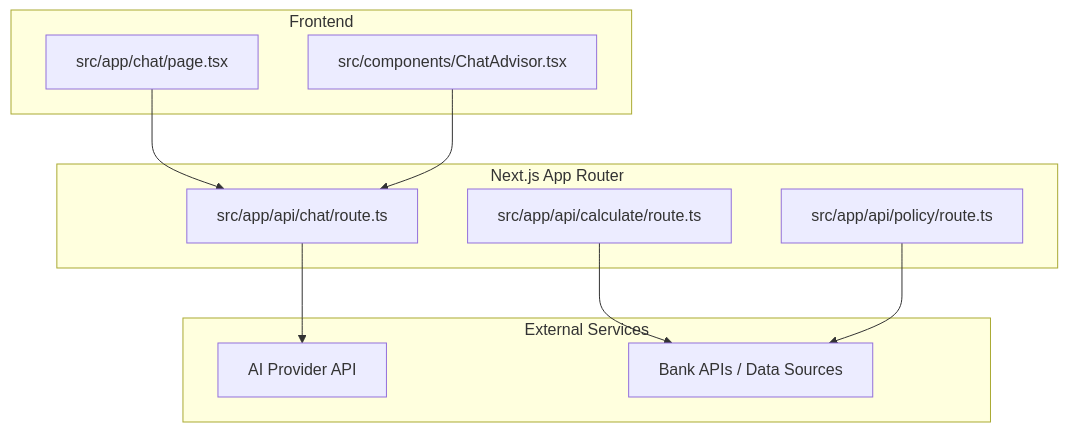
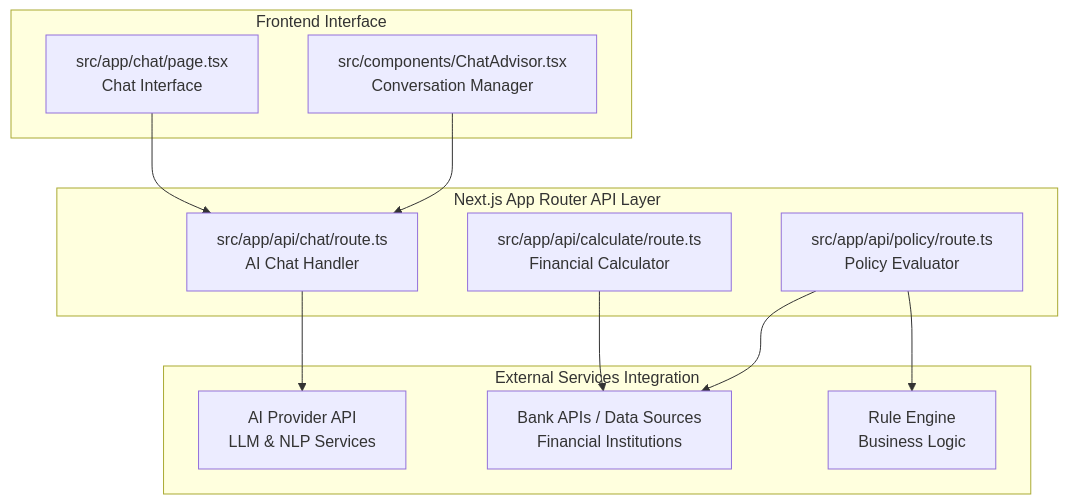
One commit to alibaba-hackathon-fsi/frontend-vaya changed the first of 6 diagrams in .qoder/repowiki/en/content/Architecture Overview/API Architecture.md. Above: the diagram before and after it, drawn with Mermaid. The commit also changed other lines of this file and 77 other files, not shown here.

````diff
--- a/.qoder/repowiki/en/content/Architecture Overview/API Architecture.md
+++ b/.qoder/repowiki/en/content/Architecture Overview/API Architecture.md
@@ -37,21 +44,23 @@
 ```mermaid
 graph TB
-subgraph "Next.js App Router"
-A["src/app/api/chat/route.ts"]
-B["src/app/api/calculate/route.ts"]
-C["src/app/api/policy/route.ts"]
+subgraph "Next.js App Router API Layer"
+A["src/app/api/chat/route.ts<br/>AI Chat Handler"]
+B["src/app/api/calculate/route.ts<br/>Financial Calculator"]
+C["src/app/api/policy/route.ts<br/>Policy Evaluator"]
 end
-subgraph "Frontend"
-D["src/app/chat/page.tsx"]
-E["src/components/ChatAdvisor.tsx"]
+subgraph "Frontend Interface"
+D["src/app/chat/page.tsx<br/>Chat Interface"]
+E["src/components/ChatAdvisor.tsx<br/>Conversation Manager"]
 end
-subgraph "External Services"
-F["AI Provider API"]
-G["Bank APIs / Data Sources"]
+subgraph "External Services Integration"
+F["AI Provider API<br/>LLM & NLP Services"]
+G["Bank APIs / Data Sources<br/>Financial Institutions"]
+H["Rule Engine<br/>Business Logic"]
 end
 D --> A
 E --> A
 A --> F
 B --> G
+C --> H
 C --> G
 ```
````
